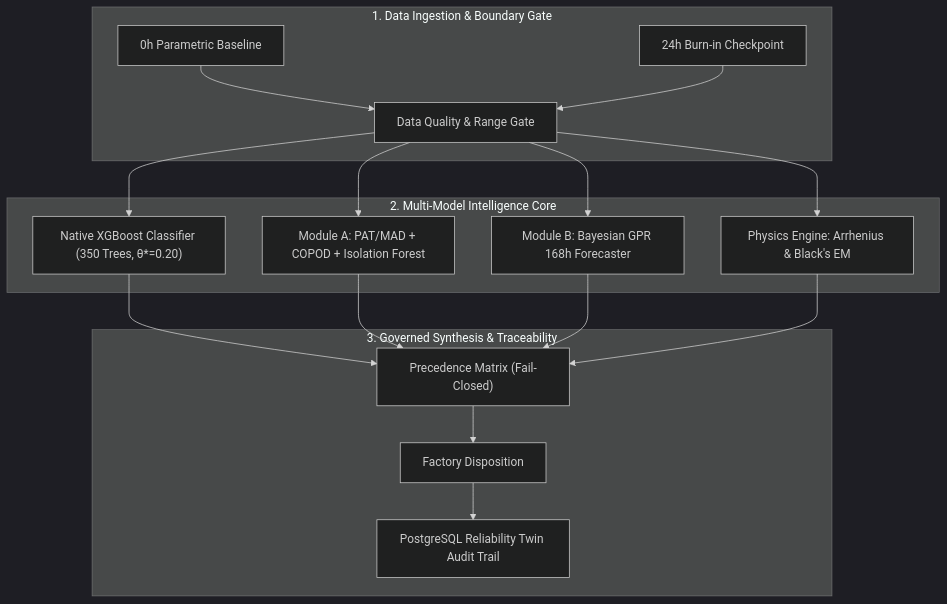
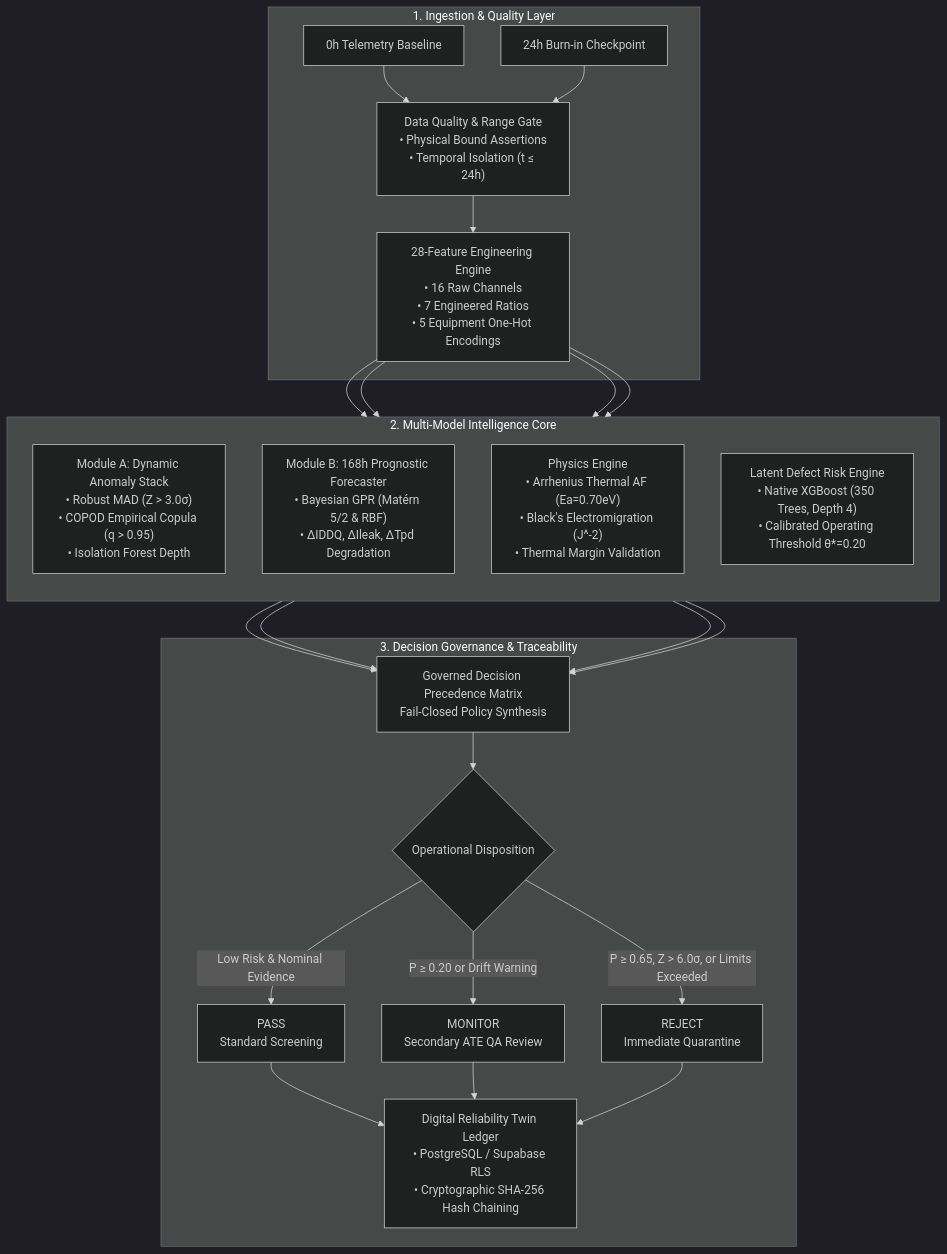
One commit to umeshpandeysh/predicta-26 changed the second of 5 diagrams in README.md. Above: the diagram before and after it, drawn with Mermaid (dark theme). The commit also changed other lines of this file and 2 other files, not shown here.

Commit message:
docs(readme): rebuild project documentation and architecture visuals

````diff
--- a/README.md
+++ b/README.md
@@ -67,34 +68,48 @@
 ```mermaid
 flowchart TD
-    subgraph Ingestion["1. Data Ingestion & Boundary Gate"]
-        T1["0h Parametric Baseline"]
-        T2["24h Burn-in Checkpoint"]
-        DQG["Data Quality & Range Gate"]
+    subgraph Ingestion["1. Ingestion & Quality Layer"]
+        T0["0h Telemetry Baseline"]
+        T24["24h Burn-in Checkpoint"]
+        DQG["Data Quality & Range Gate<br>• Physical Bound Assertions<br>• Temporal Isolation (t ≤ 24h)"]
+        FEAT["28-Feature Engineering Engine<br>• 16 Raw Channels<br>• 7 Engineered Ratios<br>• 5 Equipment One-Hot Encodings"]
     end
 
-    subgraph Analytics["2. Multi-Model Intelligence Core"]
-        XGB["Native XGBoost Classifier (350 Trees, θ*=0.20)"]
-        ANOM["Module A: PAT/MAD + COPOD + Isolation Forest"]
-        GPR["Module B: Bayesian GPR 168h Forecaster"]
-        PHYS["Physics Engine: Arrhenius & Black's EM"]
+    subgraph IntelligenceCore["2. Multi-Model Intelligence Core"]
+        direction TB
+        MOD_A["Module A: Dynamic Anomaly Stack<br>• Robust MAD (Z > 3.0σ)<br>• COPOD Empirical Copula (q > 0.95)<br>• Isolation Forest Depth"]
+        MOD_B["Module B: 168h Prognostic Forecaster<br>• Bayesian GPR (Matérn 5/2 & RBF)<br>• ΔIDDQ, ΔIleak, ΔTpd Degradation"]
+        PHYS["Physics Engine<br>• Arrhenius Thermal AF (Ea=0.70eV)<br>• Black's Electromigration (J^-2)<br>• Thermal Margin Validation"]
+        XGB["Latent Defect Risk Engine<br>• Native XGBoost (350 Trees, Depth 4)<br>• Calibrated Operating Threshold θ*=0.20"]
     end
 
-    subgraph Governance["3. Governed Synthesis & Traceability"]
-        PREC["Precedence Matrix (Fail-Closed)"]
-        DISP["Factory Disposition"]
-        TWIN["PostgreSQL Reliability Twin Audit Trail"]
+    subgraph GovernanceLayer["3. Decision Governance & Traceability"]
+        GOV["Governed Decision Precedence Matrix<br>Fail-Closed Policy Synthesis"]
+        DISP{"Operational Disposition"}
+        PASS["PASS<br>Standard Screening"]
+        MON["MONITOR<br>Secondary ATE QA Review"]
+        REJ["REJECT<br>Immediate Quarantine"]
+        TWIN["Digital Reliability Twin Ledger<br>• PostgreSQL / Supabase RLS<br>• Cryptographic SHA-256 Hash Chaining"]
     end
 
-    T1 --> DQG
-    T2 --> DQG
-    DQG --> XGB
-    DQG --> ANOM
-    DQG --> GPR
-    DQG --> PHYS
-    XGB --> PREC
-    ANOM --> PREC
-    GPR --> PREC
-    PHYS --> PREC
-    PREC --> DISP
-    DISP --> TWIN
+    T0 --> DQG
+    T24 --> DQG
+    DQG --> FEAT
+    FEAT --> MOD_A
+    FEAT --> MOD_B
+    FEAT --> PHYS
+    FEAT --> XGB
+
+    MOD_A --> GOV
+    MOD_B --> GOV
+    PHYS --> GOV
+    XGB --> GOV
+
+    GOV --> DISP
+    DISP -->|Low Risk & Nominal Evidence| PASS
+    DISP -->|P ≥ 0.20 or Drift Warning| MON
+    DISP -->|P ≥ 0.65, Z > 6.0σ, or Limits Exceeded| REJ
+
+    PASS --> TWIN
+    MON --> TWIN
+    REJ --> TWIN
 ```
````
